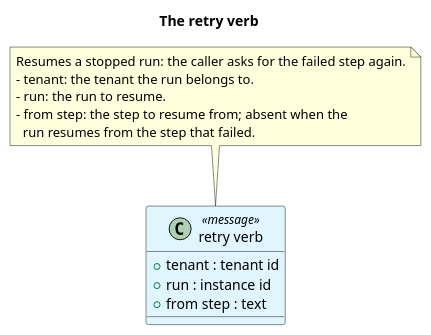
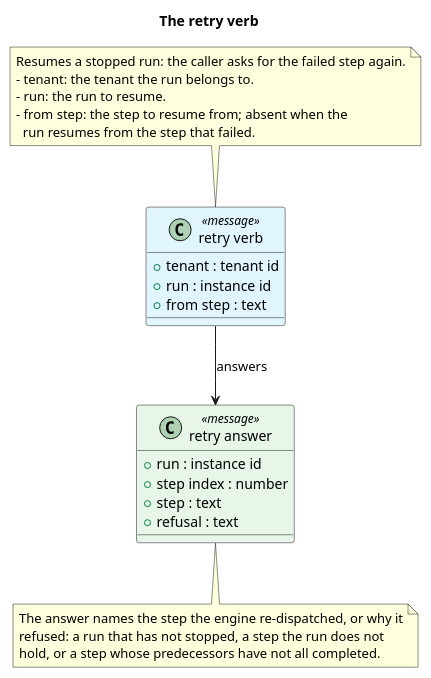
One commit to OreStudio/OreStudio changed the diagram in doc/knowledge/architecture/workflow_retry_verb.puml. Above: the diagram before and after it, drawn with PlantUML. The commit also changed 12 other files, not shown here.

```diff
--- a/doc/knowledge/architecture/workflow_retry_verb.puml
+++ b/doc/knowledge/architecture/workflow_retry_verb.puml
@@ -18,19 +18,34 @@
 @startuml
 
 title The retry verb
 
 class "retry verb" as retry <<message>> #E1F5FF {
     +tenant : tenant id
     +run : instance id
     +from step : text
 }
 
+class "retry answer" as answer <<message>> #E8F5E9 {
+    +run : instance id
+    +step index : number
+    +step : text
+    +refusal : text
+}
+
+retry --> answer : answers
+
 note top of retry
 Resumes a stopped run: the caller asks for the failed step again.
 - tenant: the tenant the run belongs to.
 - run: the run to resume.
 - from step: the step to resume from; absent when the
   run resumes from the step that failed.
 end note
 
+note bottom of answer
+The answer names the step the engine re-dispatched, or why it
+refused: a run that has not stopped, a step the run does not
+hold, or a step whose predecessors have not all completed.
+end note
+
 @enduml
```
